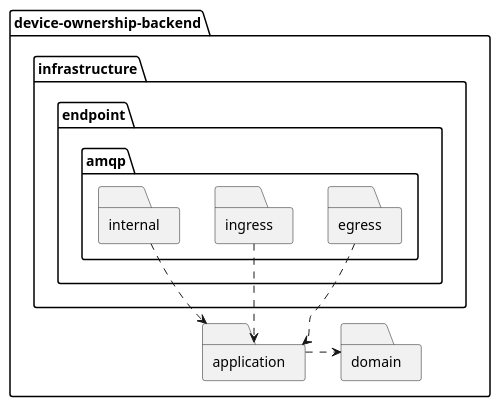
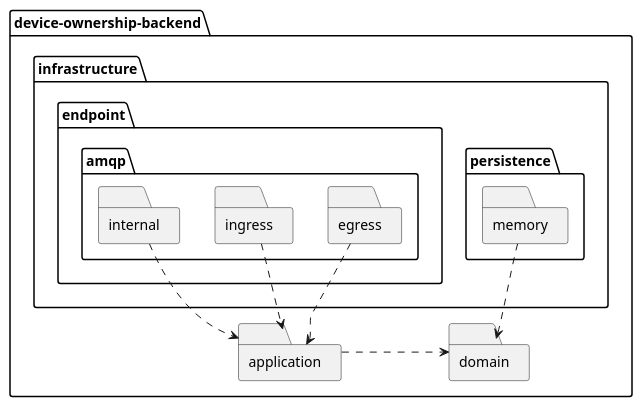
Before and after one commit to FilipeMCruz/dissertation: the diagram in assets/diagrams/design/architectural/level3/development/device-ownership-backend.pu, drawn with PlantUML. The commit also changed 264 other files, not shown here.

```diff
--- a/assets/diagrams/design/architectural/level3/development/device-ownership-backend.pu
+++ b/assets/diagrams/design/architectural/level3/development/device-ownership-backend.pu
@@ -1,22 +1,26 @@
 @startuml device-ownership-backend
 
 folder "device-ownership-backend" {
     folder "application" as APP
     folder "domain" as DOM
     folder "infrastructure" as INFRA {
         folder "endpoint" as ENDPOINT {
             folder "amqp" as AMQP {
                 folder "egress" as EGRESS
                 folder "ingress" as INGRESS
                 folder "internal" as INTERNAL
             }
         }
+        folder "persistence" as PERS {
+            folder "memory" as MEM
+        }
     }
 
     EGRESS ..> APP
     INGRESS ..> APP
     INTERNAL ..> APP
     APP .> DOM
+    MEM ..> DOM
 }
 
 @enduml
```
